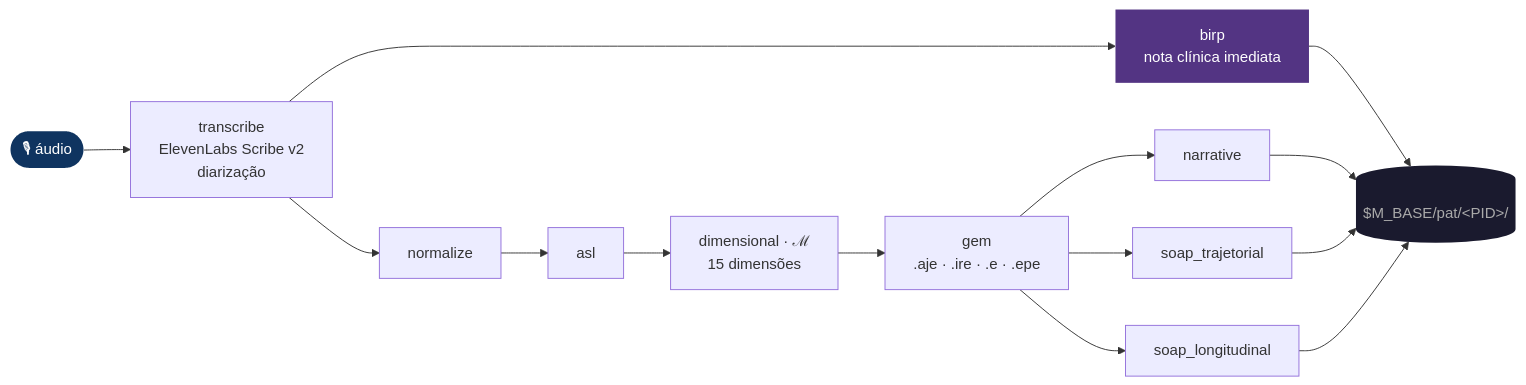
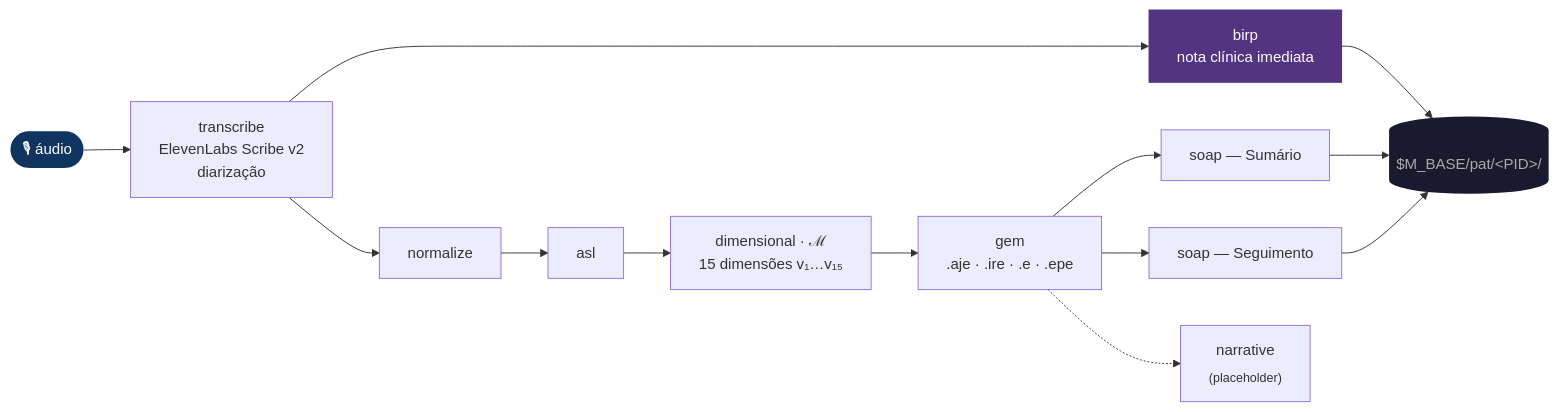
Before and after one commit to myselfgus/m: the second of 10 diagrams in README.md, drawn with Mermaid. The commit also changed other lines of this file and 17 other files, not shown here.

First line of the commit message:
feat: SOAP reformulado (Sumário/Seguimento) + prompt caching 1h/prewarm + ícone do app; README ampliado

````diff
--- a/README.md
+++ b/README.md
@@ -37,23 +68,22 @@
 ```mermaid
 flowchart LR
-    A([🎙 áudio]) --> T[transcribe<br/>ElevenLabs Scribe v2<br/>diarização]
+    A([🎙 áudio]) --> T["transcribe<br/>ElevenLabs Scribe v2<br/>diarização"]
 
-    T --> B["birp<br/>nota clínica imediata"]:::a
+    T --> B["birp<br/>nota clínica imediata"]:::imediato
 
     T --> N[normalize]
     N --> ASL[asl]
-    ASL --> D["dimensional · ℳ<br/>15 dimensões"]
+    ASL --> D["dimensional · ℳ<br/>15 dimensões v₁…v₁₅"]
     D --> G["gem<br/>.aje · .ire · .e · .epe"]
-    G --> NR[narrative]
-    G --> ST[soap_trajetorial]
-    G --> SL[soap_longitudinal]
+    G --> SUM["soap — Sumário"]
+    G --> SEG["soap — Seguimento"]
+    G -.-> NR["narrative<br/><sub>(placeholder)</sub>"]
 
-    B --> FS[($M_BASE/pat/&lt;PID&gt;/)]
-    NR --> FS
-    ST --> FS
-    SL --> FS
+    B --> FS[("$M_BASE/pat/&lt;PID&gt;/")]
+    SUM --> FS
+    SEG --> FS
 
-    classDef a fill:#533483,color:#fff,stroke:none
+    classDef imediato fill:#533483,color:#fff,stroke:none
     style A fill:#0f3460,color:#fff,stroke:none
     style FS fill:#1a1a2e,color:#aaa,stroke:none
 ```
````
